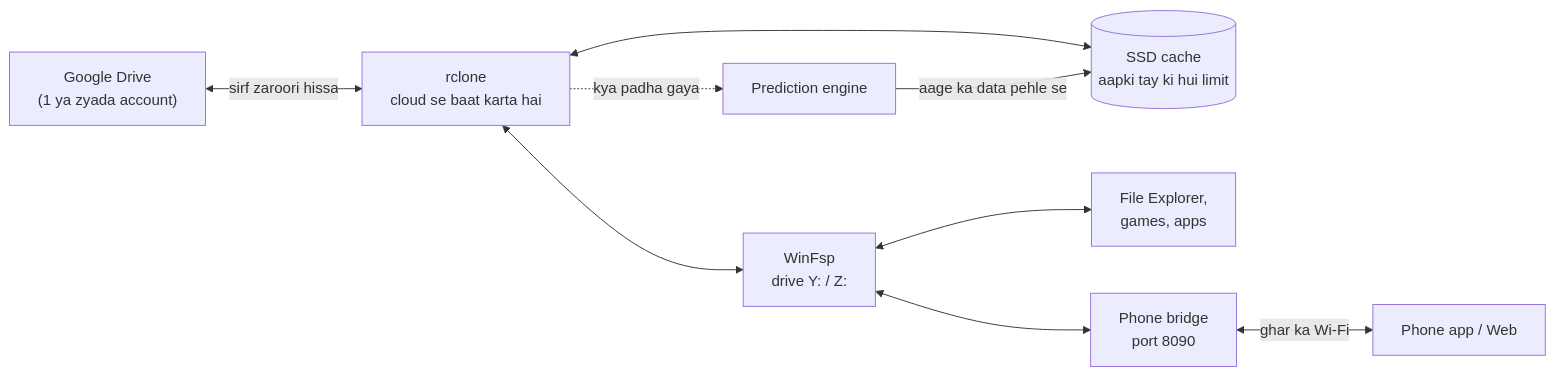
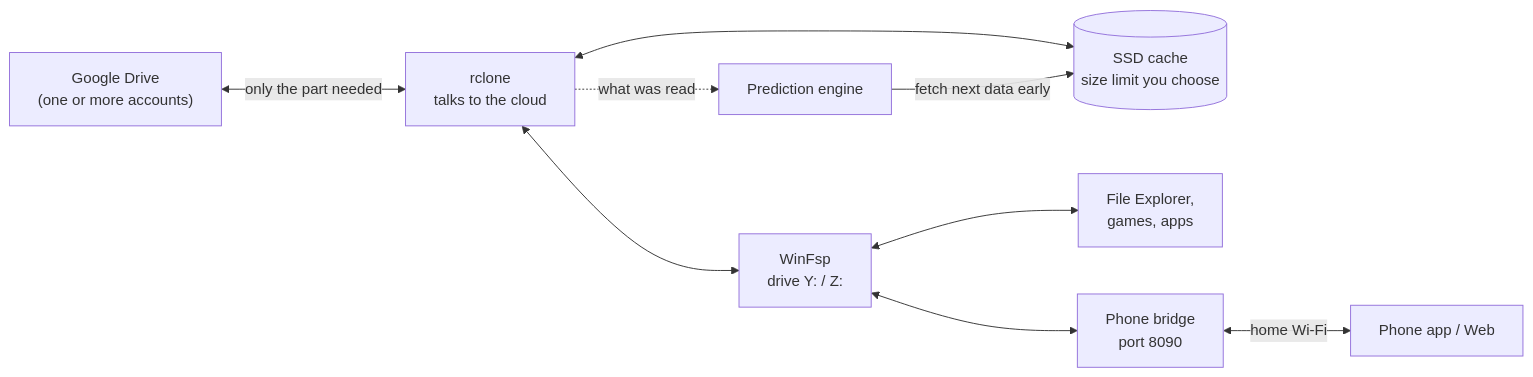
One commit to allproject121/Cloud-Drive changed the first of 3 diagrams in README.md. Above: the diagram before and after it, drawn with Mermaid. The commit also changed other lines of this file and 1 other file, not shown here.

````diff
--- a/README.md
+++ b/README.md
@@ -47,20 +59,20 @@
 ```mermaid
 flowchart LR
-    GD["Google Drive<br/>(1 ya zyada account)"]
-    RC["rclone<br/>cloud se baat karta hai"]
-    CA[("SSD cache<br/>aapki tay ki hui limit")]
+    GD["Google Drive<br/>(one or more accounts)"]
+    RC["rclone<br/>talks to the cloud"]
+    CA[("SSD cache<br/>size limit you choose")]
     WF["WinFsp<br/>drive Y: / Z:"]
     EX["File Explorer,<br/>games, apps"]
     PR["Prediction engine"]
     BR["Phone bridge<br/>port 8090"]
     PH["Phone app / Web"]
 
-    GD <-->|"sirf zaroori hissa"| RC
+    GD <-->|"only the part needed"| RC
     RC <--> CA
     RC <--> WF
     WF <--> EX
-    RC -.->|"kya padha gaya"| PR
-    PR -->|"aage ka data pehle se"| CA
+    RC -.->|"what was read"| PR
+    PR -->|"fetch next data early"| CA
     WF <--> BR
-    BR <-->|"ghar ka Wi-Fi"| PH
+    BR <-->|"home Wi-Fi"| PH
 ```
````
